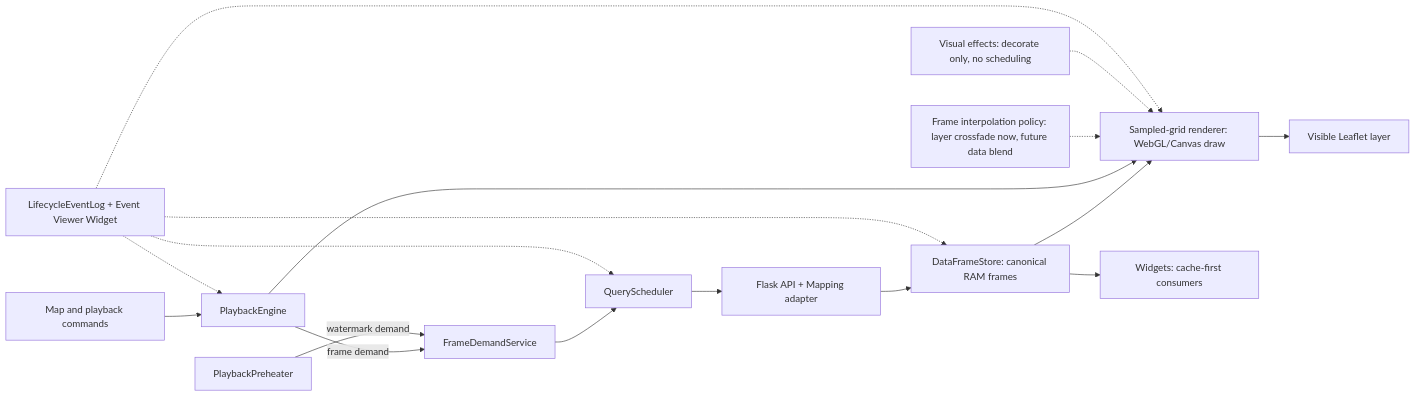
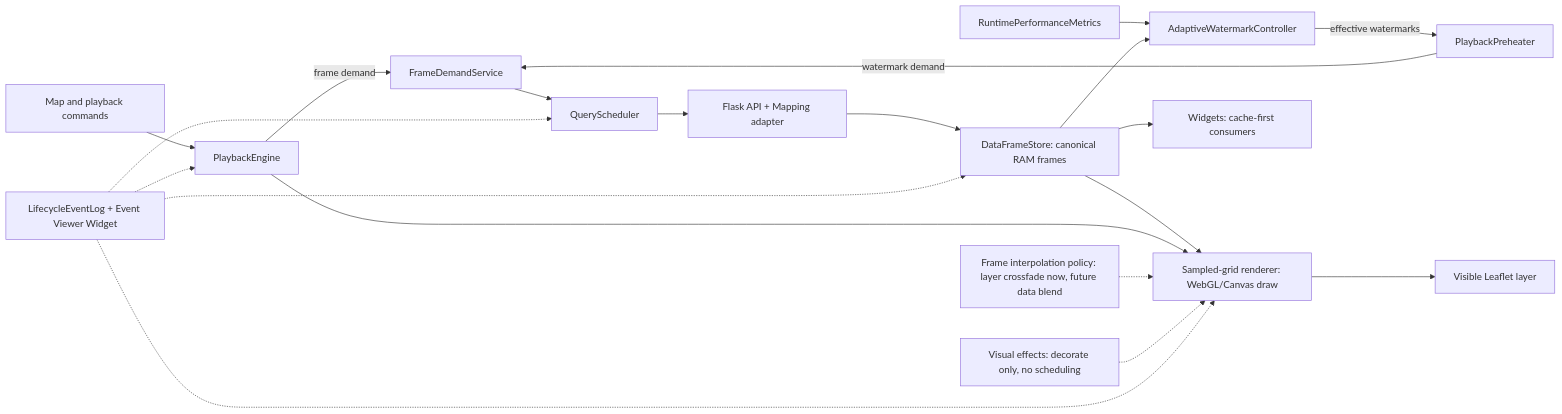
The second of 5 diagrams in README.md (Kagamihara-Ruruka/gfw-flask-mysql-adapter), drawn with Mermaid before and after one commit. The commit also changed other lines of this file and 27 other files, not shown here.

Commit message:
Complete adaptive playback watermarks

````diff
--- a/README.md
+++ b/README.md
@@ -249,19 +254,22 @@
 ```mermaid
 flowchart LR
   UI["Map and playback commands"] --> Engine["PlaybackEngine"]
   Engine -->|"frame demand"| Demand["FrameDemandService"]
   Preheater["PlaybackPreheater"] -->|"watermark demand"| Demand
+  Metrics["RuntimePerformanceMetrics"] --> Watermark["AdaptiveWatermarkController"]
+  Store --> Watermark
+  Watermark -->|"effective watermarks"| Preheater
   Demand --> Scheduler["QueryScheduler"]
   Scheduler --> Adapter["Flask API + Mapping adapter"]
   Adapter --> Store["DataFrameStore: canonical RAM frames"]
   Store --> Renderer["Sampled-grid renderer: WebGL/Canvas draw"]
   Store --> Widgets["Widgets: cache-first consumers"]
   Engine --> Renderer
   Interp["Frame interpolation policy: layer crossfade now, future data blend"] -.-> Renderer
   Effects["Visual effects: decorate only, no scheduling"] -.-> Renderer
   Renderer --> Map["Visible Leaflet layer"]
   Events["LifecycleEventLog + Event Viewer Widget"] -.-> Engine
   Events -.-> Scheduler
   Events -.-> Store
   Events -.-> Renderer
 ```
````
